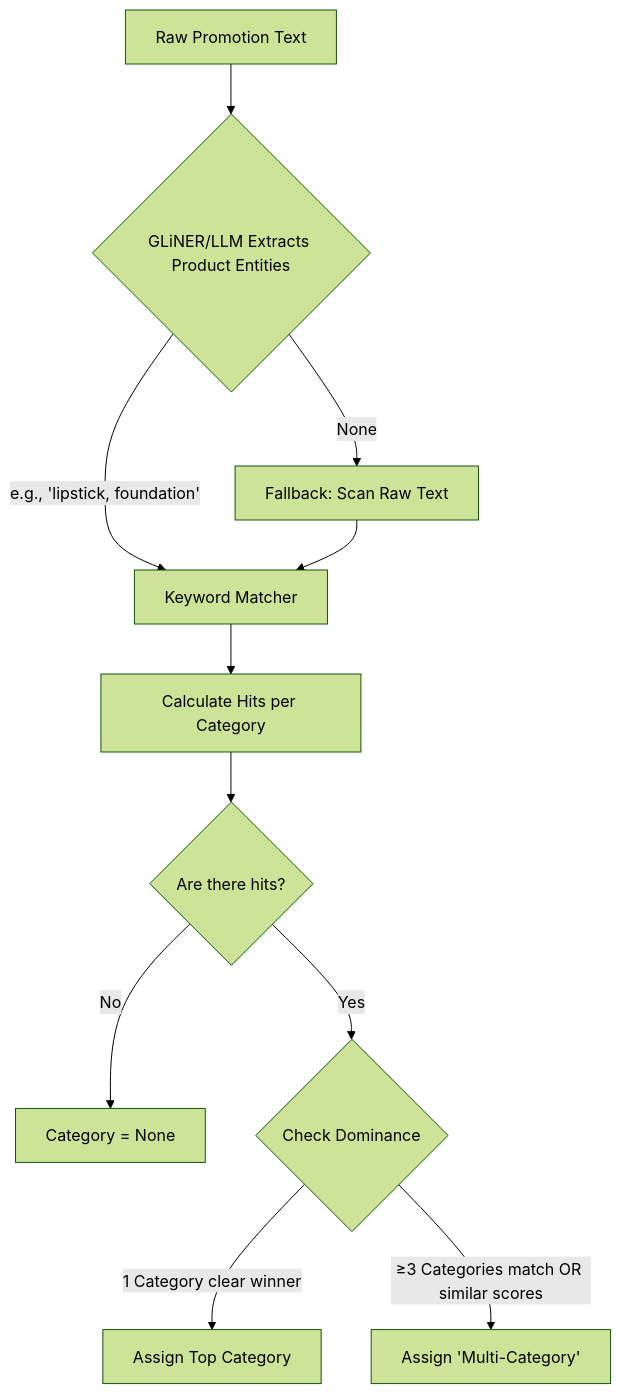
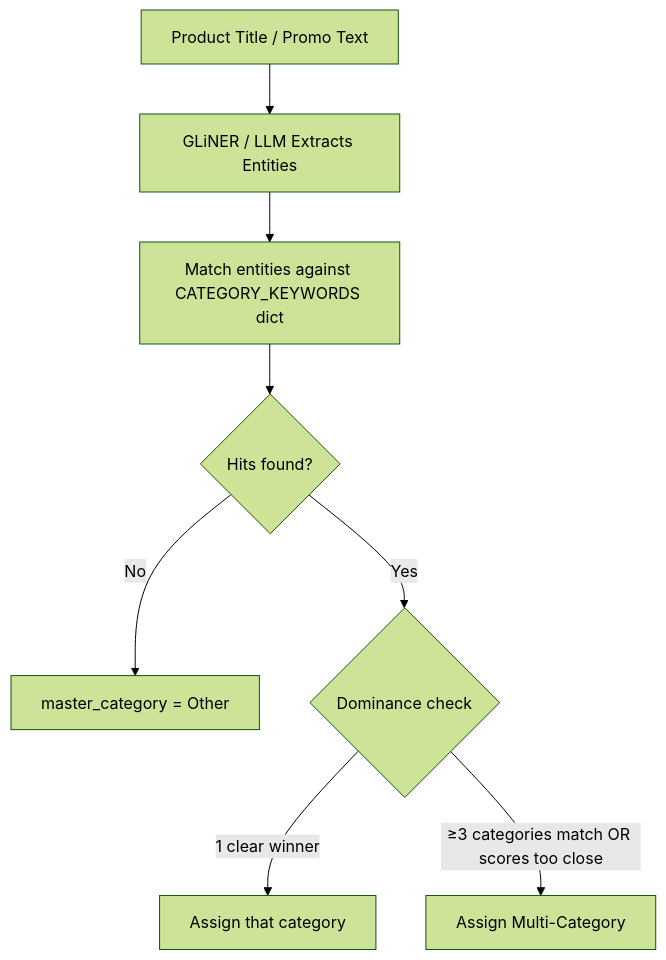
One commit to Arshu45/Web_Scraping_v1 changed the fourth of 6 diagrams in confluence_documentation.md. Above: the diagram before and after it, drawn with Mermaid (forest theme). The commit also changed other lines of this file and 1 other file, not shown here.

````diff
--- a/confluence_documentation.md
+++ b/confluence_documentation.md
@@ -121,16 +230,10 @@
 ```mermaid
 flowchart TD
-    A[Raw Promotion Text] --> B{GLiNER/LLM Extracts Product Entities}
-    B -->|e.g., 'lipstick, foundation'| C[Keyword Matcher]
-    B -->|None| D[Fallback: Scan Raw Text]
-    D --> C
-    
-    C --> E[Calculate Hits per Category]
-    E --> F{Are there hits?}
-    
-    F -->|No| G[Category = None]
-    F -->|Yes| H{Check Dominance}
-    
-    H -->|1 Category clear winner| I[Assign Top Category]
-    H -->|≥3 Categories match OR similar scores| J[Assign 'Multi-Category']
+    A[Product Title / Promo Text] --> B[GLiNER / LLM Extracts Entities]
+    B --> C[Match entities against CATEGORY_KEYWORDS dict]
+    C --> D{Hits found?}
+    D -->|No| E[master_category = Other]
+    D -->|Yes| F{Dominance check}
+    F -->|1 clear winner| G[Assign that category]
+    F -->|≥3 categories match OR scores too close| H[Assign Multi-Category]
 ```
````
